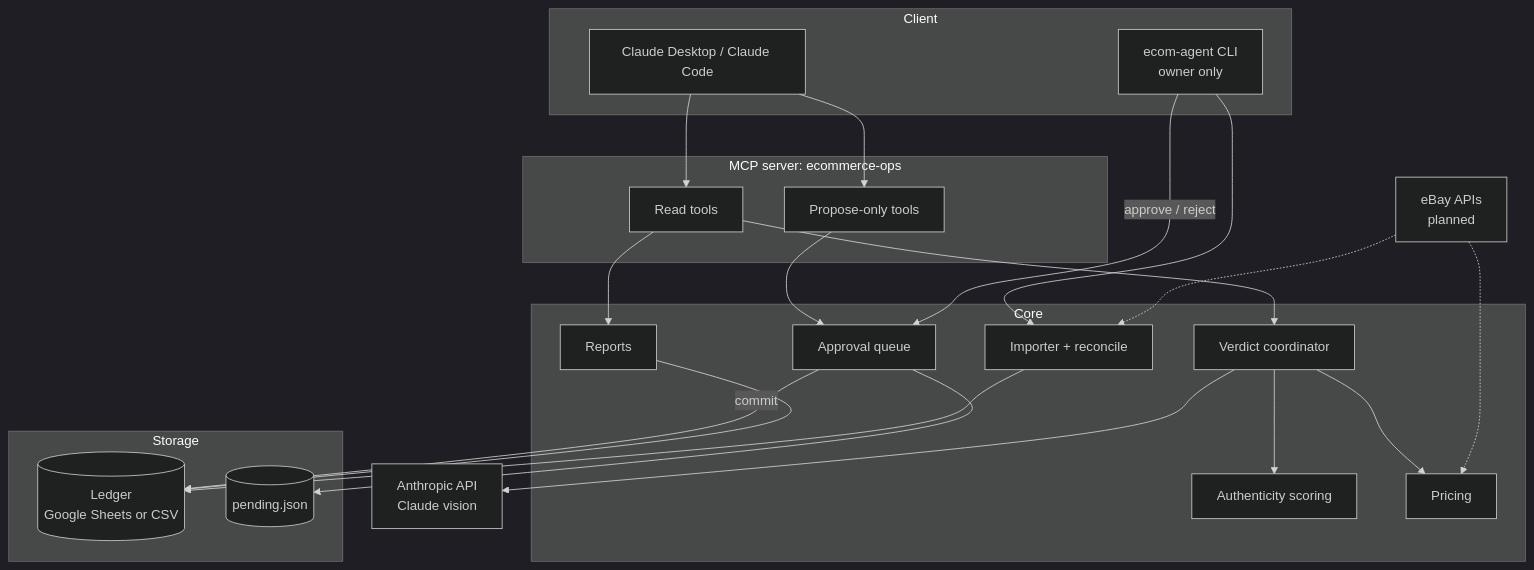
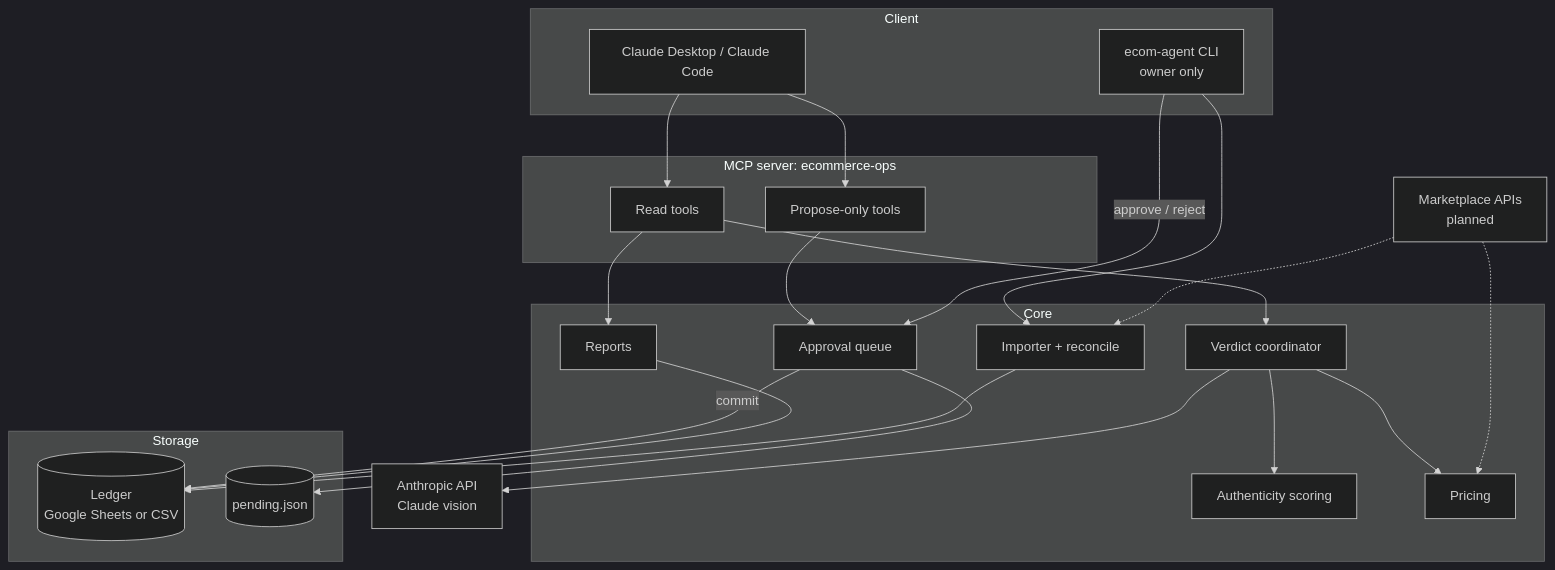
The diagram in docs/architecture.md (eduardoslife/ecommerce-ai-agent), drawn with Mermaid (dark theme) before and after one commit. The commit also changed other lines of this file and 5 other files, not shown here.

````diff
--- a/docs/architecture.md
+++ b/docs/architecture.md
@@ -5,37 +5,37 @@
 ```mermaid
 flowchart TB
     subgraph Client
       CD[Claude Desktop / Claude Code]
       CLI[ecom-agent CLI<br/>owner only]
     end
     subgraph MCP[MCP server: ecommerce-ops]
       RT[Read tools]
       PT[Propose-only tools]
     end
     subgraph Core
       V[Verdict coordinator]
       AU[Authenticity scoring]
       PR[Pricing]
       RP[Reports]
       AP[Approval queue]
       IM[Importer + reconcile]
     end
     subgraph Storage
       L[(Ledger<br/>Google Sheets or CSV)]
       Q[(pending.json)]
     end
     ANT[Anthropic API<br/>Claude vision]
-    EB[eBay APIs<br/>planned]
+    EB[Marketplace APIs<br/>planned]
 
     CD --> RT & PT
     RT --> RP & V
     PT --> AP --> Q
     CLI -->|approve / reject| AP
     AP -->|commit| L
     V --> AU & PR
     V --> ANT
     RP --> L
     CLI --> IM --> L
     EB -.-> PR
     EB -.-> IM
 ```
````
